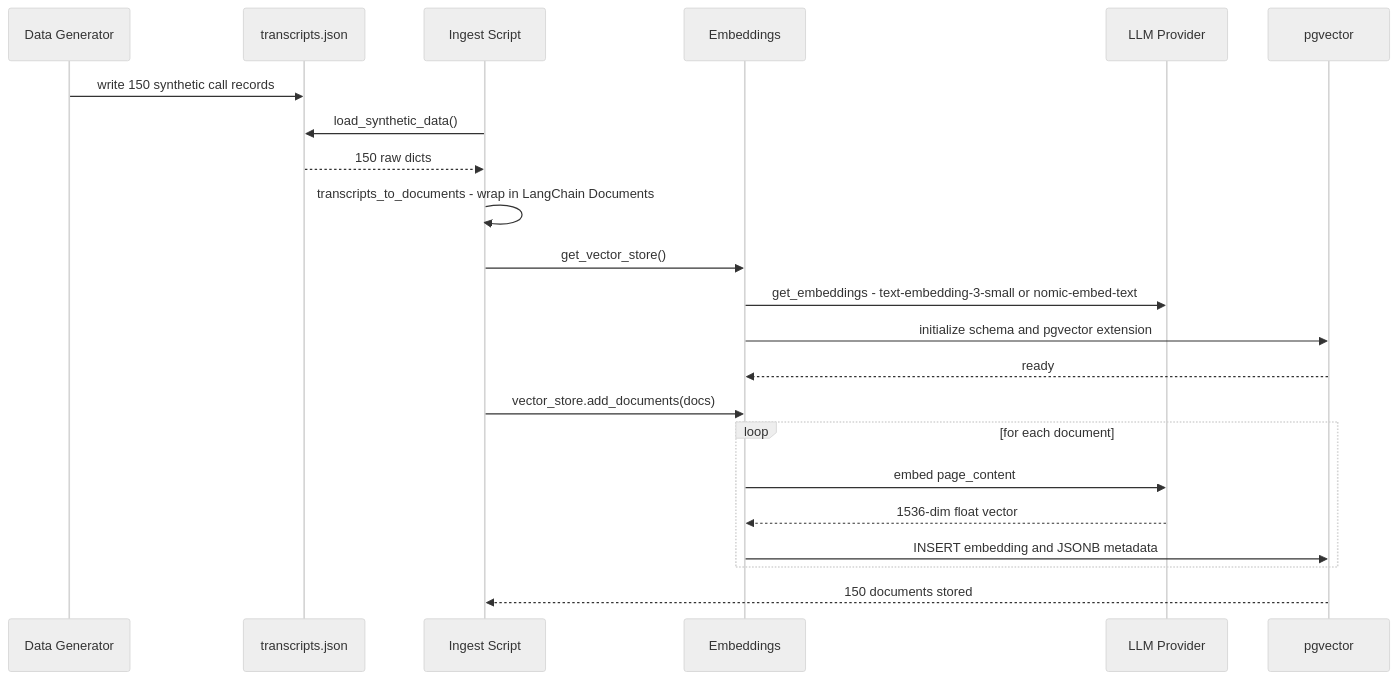
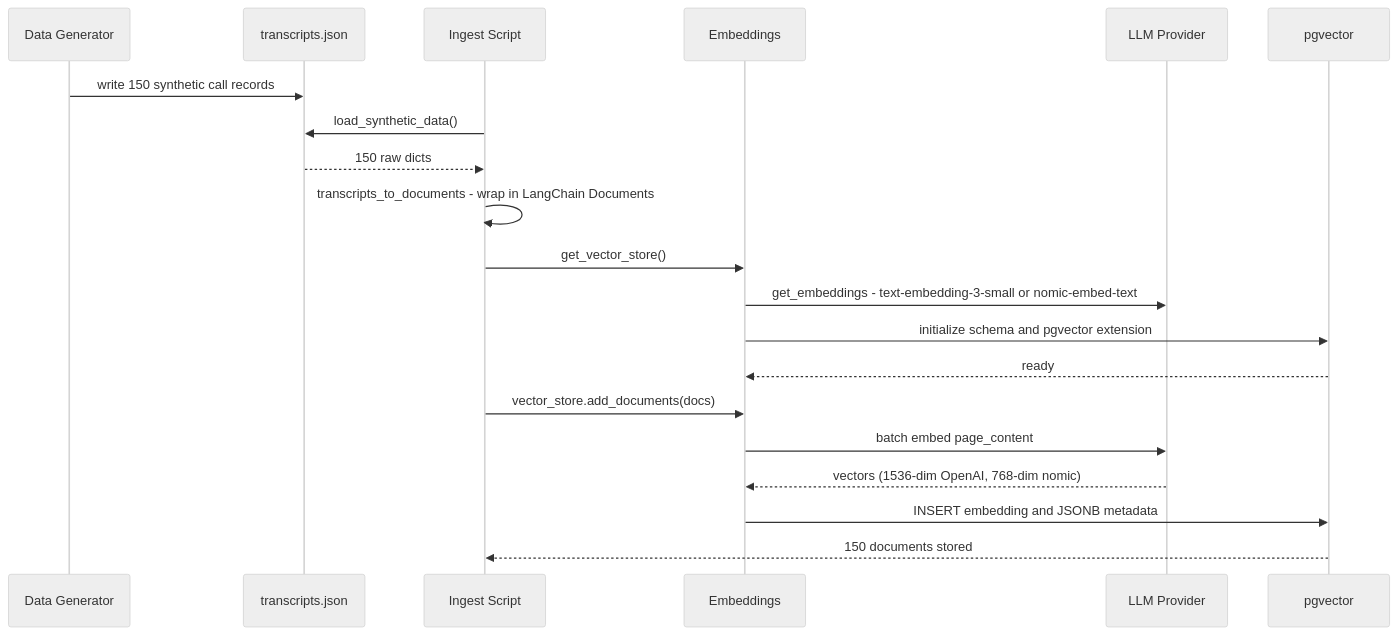
The fifth of 5 diagrams in blogs/01-the-blueprint/index.md (HendoCode/contact-center-ai), drawn with Mermaid (neutral theme) before and after one commit. The commit also changed other lines of this file and 7 other files, not shown here.

````diff
--- a/blogs/01-the-blueprint/index.md
+++ b/blogs/01-the-blueprint/index.md
@@ -196,25 +199,23 @@
 ```mermaid
 sequenceDiagram
     participant Gen as Data Generator
     participant JSON as transcripts.json
     participant CLI as Ingest Script
     participant Embed as Embeddings
     participant LLM as LLM Provider
     participant PG as pgvector
 
     Gen->>JSON: write 150 synthetic call records
     CLI->>JSON: load_synthetic_data()
     JSON-->>CLI: 150 raw dicts
     CLI->>CLI: transcripts_to_documents - wrap in LangChain Documents
     CLI->>Embed: get_vector_store()
     Embed->>LLM: get_embeddings - text-embedding-3-small or nomic-embed-text
     Embed->>PG: initialize schema and pgvector extension
     PG-->>Embed: ready
     CLI->>Embed: vector_store.add_documents(docs)
-    loop for each document
-        Embed->>LLM: embed page_content
-        LLM-->>Embed: 1536-dim float vector
-        Embed->>PG: INSERT embedding and JSONB metadata
-    end
+    Embed->>LLM: batch embed page_content
+    LLM-->>Embed: vectors (1536-dim OpenAI, 768-dim nomic)
+    Embed->>PG: INSERT embedding and JSONB metadata
     PG-->>CLI: 150 documents stored
 ```
````
